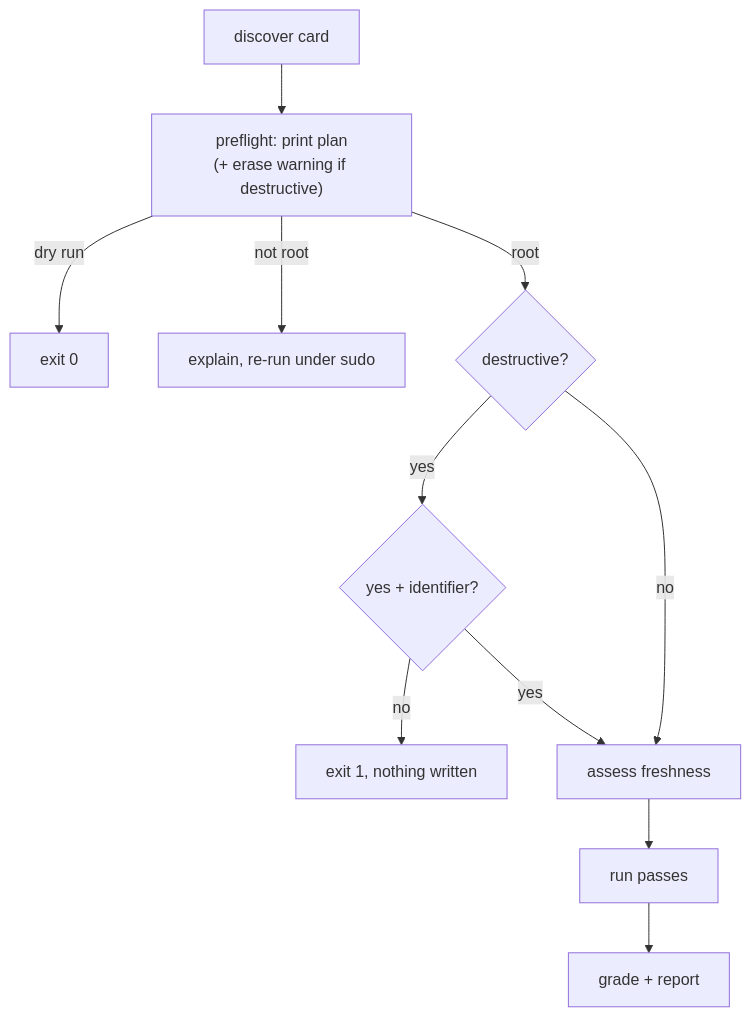
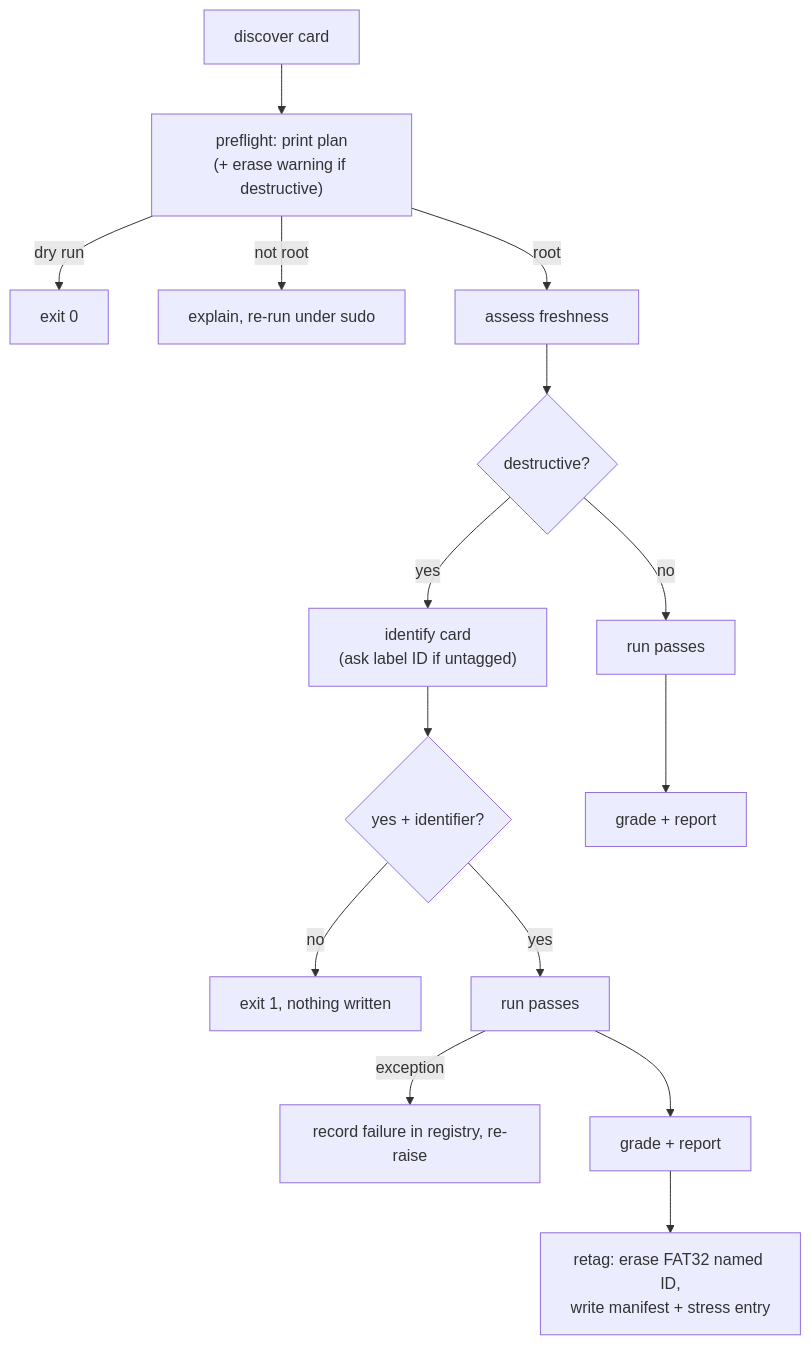
The diagram in process/01-literate/13-check.md (Boston-Robot-Hackers/microsd-utils), drawn with Mermaid before and after one commit. The commit also changed other lines of this file and 33 other files, not shown here.

First line of the commit message:
Add card identity: on-card manifest and repo registry (F04)

````diff
--- a/process/01-literate/13-check.md
+++ b/process/01-literate/13-check.md
@@ -20,13 +20,17 @@
 ```mermaid
 flowchart TD
     A[discover card] --> B["preflight: print plan<br/>(+ erase warning if destructive)"]
     B -->|dry run| Z0[exit 0]
     B -->|not root| S[explain, re-run under sudo]
-    B -->|root| C{destructive?}
-    C -- yes --> D{"yes + identifier?"}
+    B -->|root| F[assess freshness]
+    F --> C{destructive?}
+    C -- yes --> I["identify card<br/>(ask label ID if untagged)"]
+    I --> D{"yes + identifier?"}
     D -- no --> Z1[exit 1, nothing written]
-    D -- yes --> F
-    C -- no --> F[assess freshness]
-    F --> P[run passes]
+    D -- yes --> P1[run passes]
+    P1 -->|exception| R[record failure in registry, re-raise]
+    P1 --> V1[grade + report]
+    V1 --> T["retag: erase FAT32 named ID,<br/>write manifest + stress entry"]
+    C -- no --> P[run passes]
     P --> V[grade + report]
 ```
````
